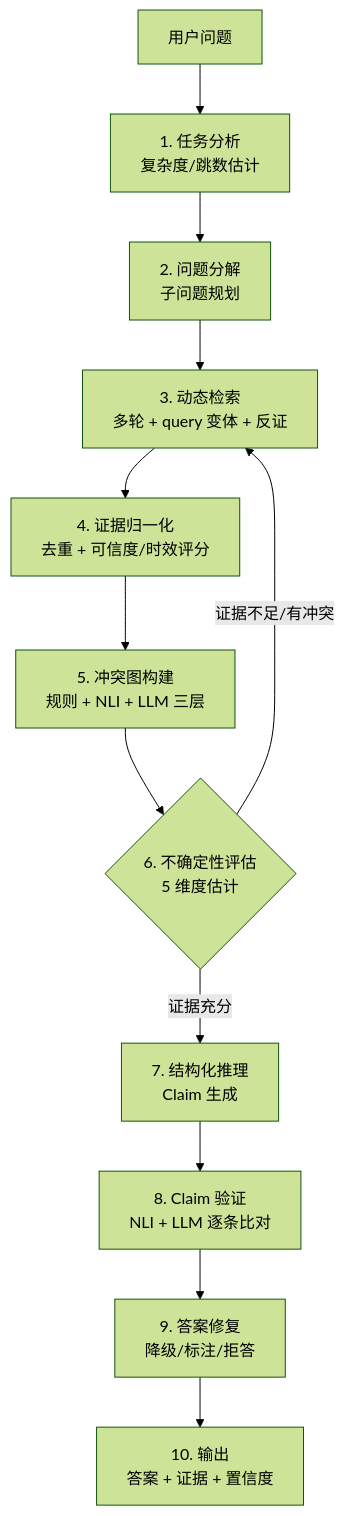
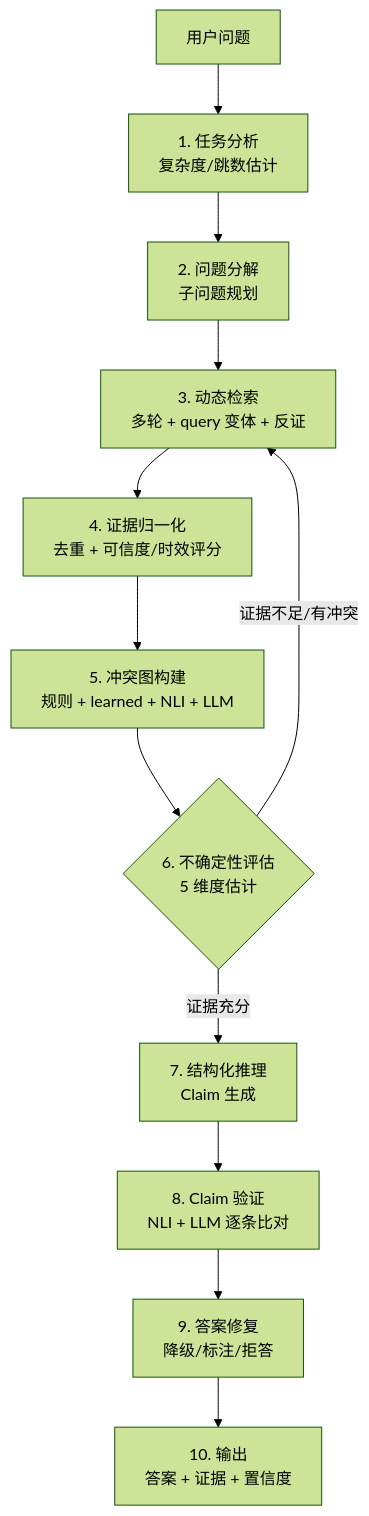
The diagram in README.md (xiaweiyi713/VeraRAG), drawn with Mermaid (forest theme) before and after one commit. The commit also changed other lines of this file and 66 other files, not shown here.

````diff
--- a/README.md
+++ b/README.md
@@ -57,14 +57,14 @@
 ```mermaid
 flowchart TD
     Q[用户问题] --> A[1. 任务分析<br/>复杂度/跳数估计]
     A --> B[2. 问题分解<br/>子问题规划]
     B --> C[3. 动态检索<br/>多轮 + query 变体 + 反证]
     C --> D[4. 证据归一化<br/>去重 + 可信度/时效评分]
-    D --> E[5. 冲突图构建<br/>规则 + NLI + LLM 三层]
+    D --> E[5. 冲突图构建<br/>规则 + learned + NLI + LLM]
     E --> F{6. 不确定性评估<br/>5 维度估计}
     F -->|证据不足/有冲突| C
     F -->|证据充分| G[7. 结构化推理<br/>Claim 生成]
     G --> H[8. Claim 验证<br/>NLI + LLM 逐条比对]
     H --> I[9. 答案修复<br/>降级/标注/拒答]
     I --> O[10. 输出<br/>答案 + 证据 + 置信度]
 ```
````
